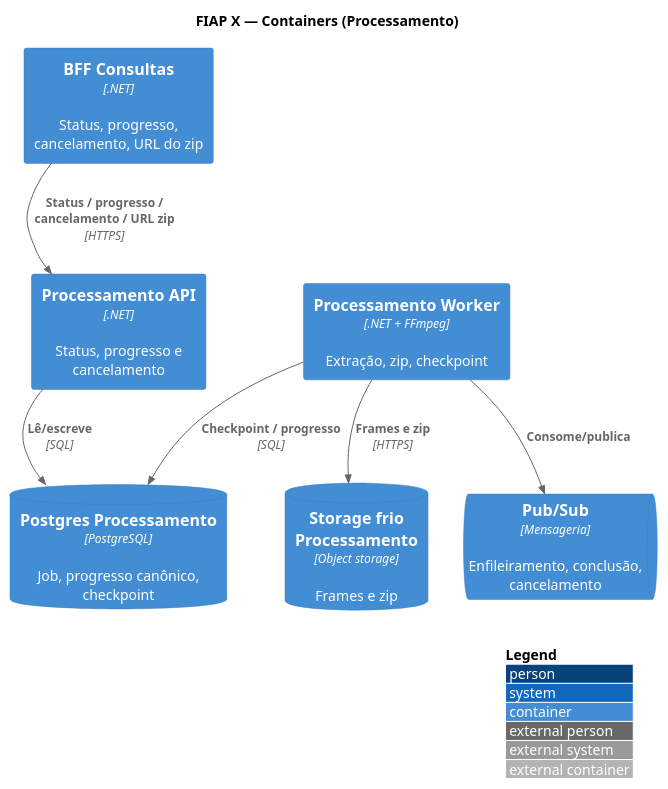
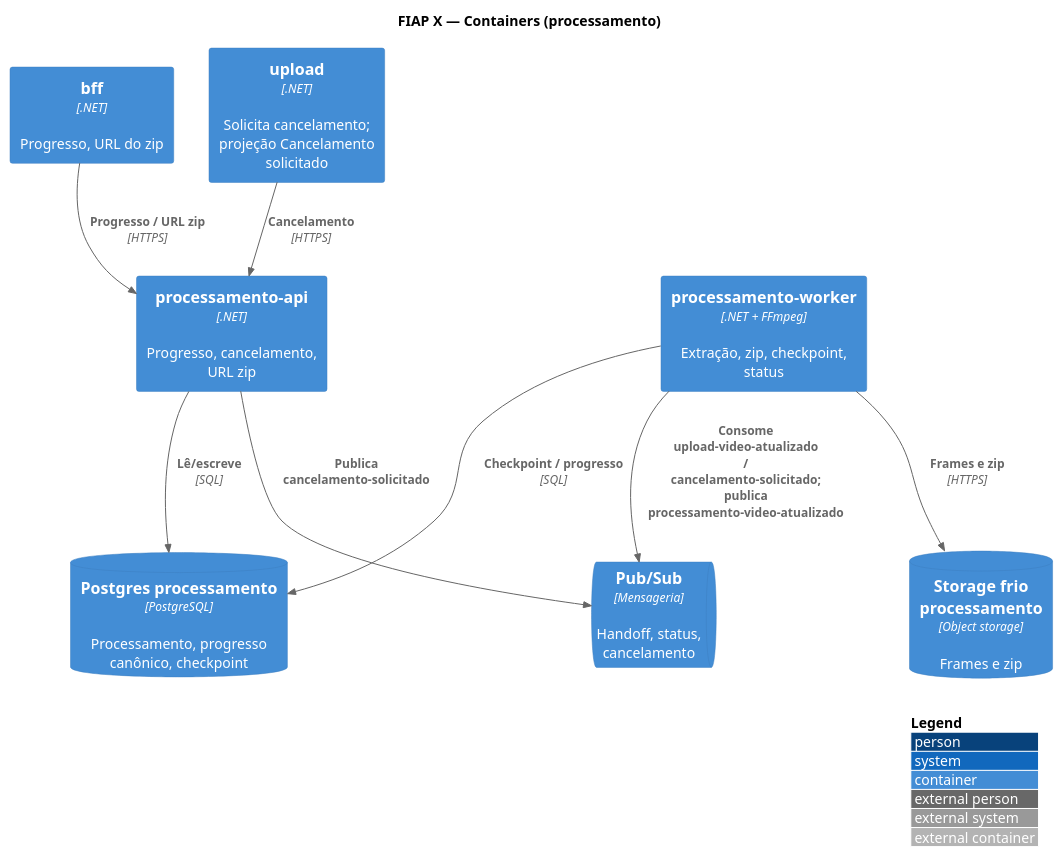
Before and after one commit to fiap-x-vcosta/docs: the diagram in arquitetura/04_containers-processamento.puml, drawn with PlantUML. The commit also changed 38 other files, not shown here.

```diff
--- a/arquitetura/04_containers-processamento.puml
+++ b/arquitetura/04_containers-processamento.puml
@@ -1,28 +1,32 @@
 @startuml 04_containers-processamento
 !include https://raw.githubusercontent.com/plantuml-stdlib/C4-PlantUML/master/C4_Container.puml
 
 LAYOUT_WITH_LEGEND()
 LAYOUT_TOP_DOWN()
 
-title FIAP X — Containers (Processamento)
+title FIAP X — Containers (processamento)
 
-Container(bff, "BFF Consultas", ".NET", "Status, progresso, cancelamento, URL do zip")
-Container(procApi, "Processamento API", ".NET", "Status, progresso e cancelamento")
-Container(procWorker, "Processamento Worker", ".NET + FFmpeg", "Extração, zip, checkpoint")
-ContainerDb(pgProc, "Postgres Processamento", "PostgreSQL", "Job, progresso canônico, checkpoint")
-ContainerDb(frioProc, "Storage frio Processamento", "Object storage", "Frames e zip")
-ContainerQueue(pubsub, "Pub/Sub", "Mensageria", "Enfileiramento, conclusão, cancelamento")
+Container(bff, "bff", ".NET", "Progresso, URL do zip")
+Container(upload, "upload", ".NET", "Solicita cancelamento; projeção Cancelamento solicitado")
+Container(procApi, "processamento-api", ".NET", "Progresso, cancelamento, URL zip")
+Container(procWorker, "processamento-worker", ".NET + FFmpeg", "Extração, zip, checkpoint, status")
+ContainerDb(pgProc, "Postgres processamento", "PostgreSQL", "Processamento, progresso canônico, checkpoint")
+ContainerDb(frioProc, "Storage frio processamento", "Object storage", "Frames e zip")
+ContainerQueue(pubsub, "Pub/Sub", "Mensageria", "Handoff, status, cancelamento")
 
-Rel(bff, procApi, "Status / progresso / cancelamento / URL zip", "HTTPS")
+Rel(bff, procApi, "Progresso / URL zip", "HTTPS")
+Rel(upload, procApi, "Cancelamento", "HTTPS")
 Rel(procApi, pgProc, "Lê/escreve", "SQL")
+Rel(procApi, pubsub, "Publica cancelamento-solicitado")
 Rel(procWorker, pgProc, "Checkpoint / progresso", "SQL")
-Rel(procWorker, pubsub, "Consome/publica")
+Rel(procWorker, pubsub, "Consome upload-video-atualizado / cancelamento-solicitado; publica processamento-video-atualizado")
 Rel(procWorker, frioProc, "Frames e zip", "HTTPS")
 
 Lay_D(bff, procApi)
+Lay_R(bff, upload)
 Lay_R(procApi, procWorker)
 Lay_D(procApi, pgProc)
 Lay_D(procWorker, frioProc)
 Lay_R(procWorker, pubsub)
 
 @enduml
```
